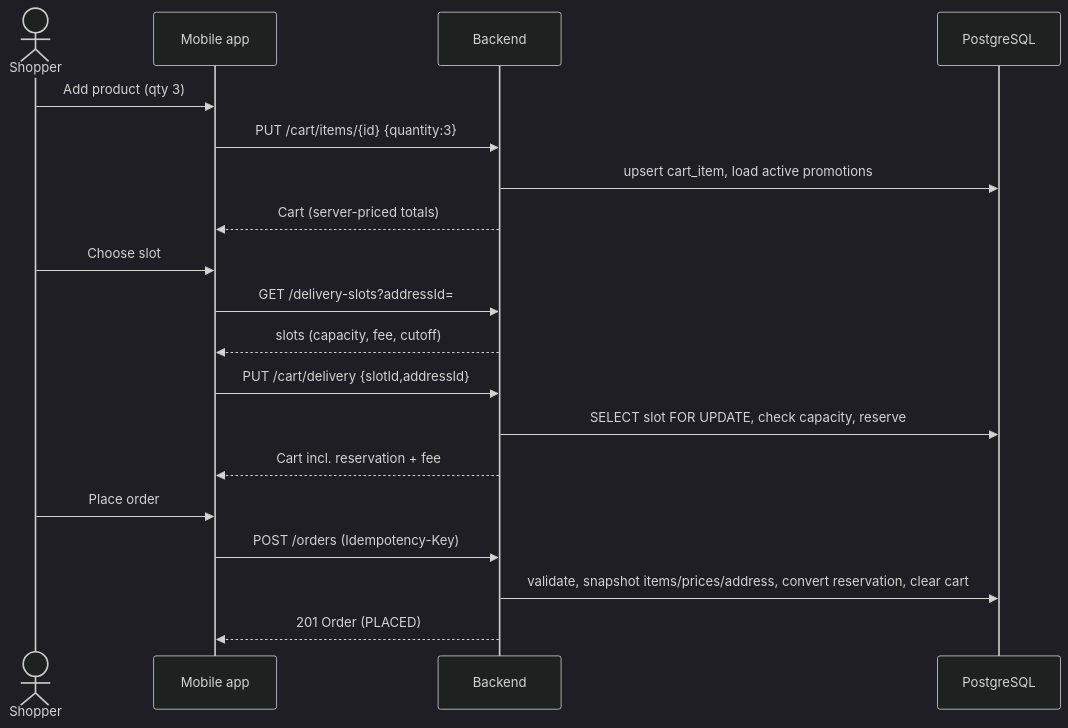
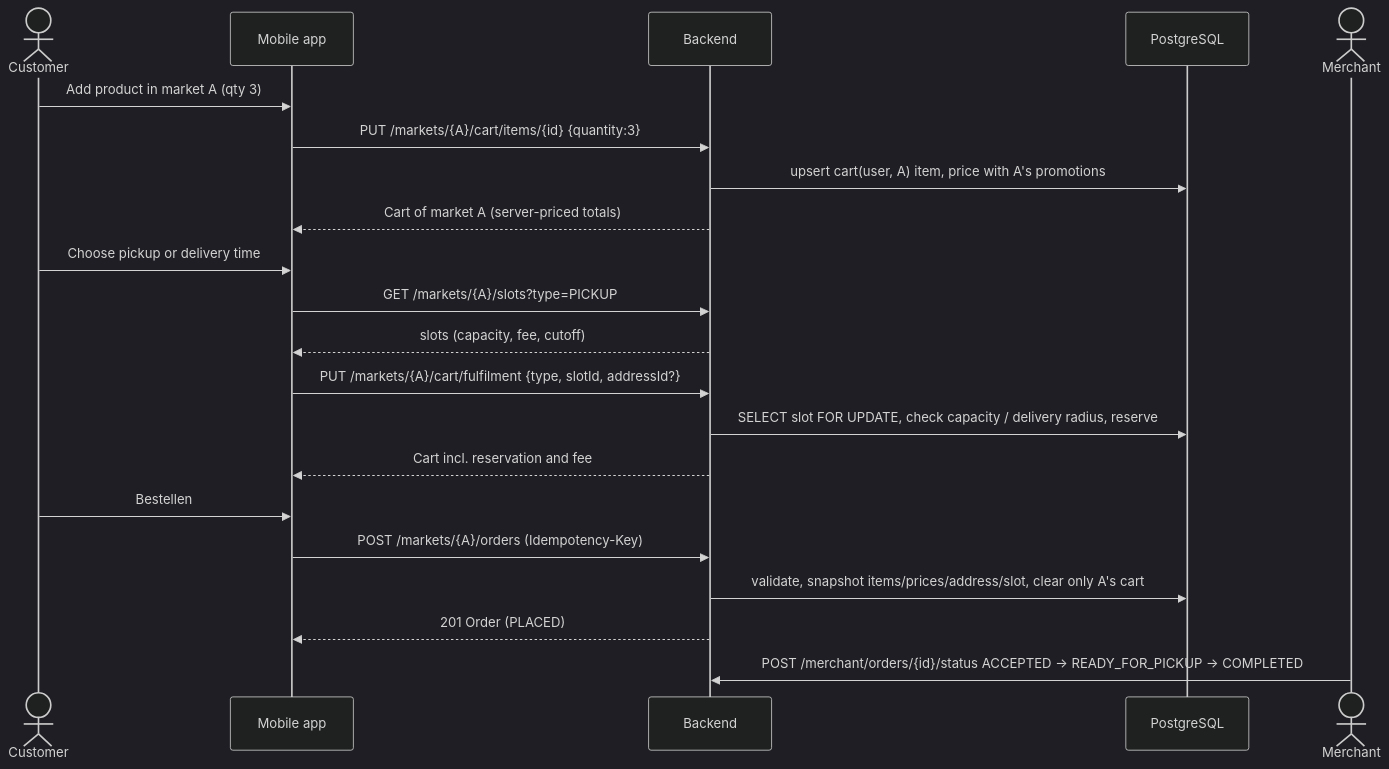
The diagram in docs/architecture/diagrams/checkout-sequence.mmd (uptonext-org/dukkan), drawn with Mermaid (dark theme) before and after one commit. The commit also changed 15 other files, not shown here.

First line of the commit message:
docs: update architecture, API guide, setup, backlog and flows for the marketplace; add e2e-api CI job

```diff
--- a/docs/architecture/diagrams/checkout-sequence.mmd
+++ b/docs/architecture/diagrams/checkout-sequence.mmd
@@ -1,19 +1,21 @@
 sequenceDiagram
-  actor U as Shopper
+  actor U as Customer
   participant M as Mobile app
   participant B as Backend
   participant DB as PostgreSQL
-  U->>M: Add product (qty 3)
-  M->>B: PUT /cart/items/{id} {quantity:3}
-  B->>DB: upsert cart_item, load active promotions
-  B-->>M: Cart (server-priced totals)
-  U->>M: Choose slot
-  M->>B: GET /delivery-slots?addressId=
+  actor H as Merchant
+  U->>M: Add product in market A (qty 3)
+  M->>B: PUT /markets/{A}/cart/items/{id} {quantity:3}
+  B->>DB: upsert cart(user, A) item, price with A's promotions
+  B-->>M: Cart of market A (server-priced totals)
+  U->>M: Choose pickup or delivery time
+  M->>B: GET /markets/{A}/slots?type=PICKUP
   B-->>M: slots (capacity, fee, cutoff)
-  M->>B: PUT /cart/delivery {slotId,addressId}
-  B->>DB: SELECT slot FOR UPDATE, check capacity, reserve
-  B-->>M: Cart incl. reservation + fee
-  U->>M: Place order
-  M->>B: POST /orders (Idempotency-Key)
-  B->>DB: validate, snapshot items/prices/address, convert reservation, clear cart
+  M->>B: PUT /markets/{A}/cart/fulfilment {type, slotId, addressId?}
+  B->>DB: SELECT slot FOR UPDATE, check capacity / delivery radius, reserve
+  B-->>M: Cart incl. reservation and fee
+  U->>M: Bestellen
+  M->>B: POST /markets/{A}/orders (Idempotency-Key)
+  B->>DB: validate, snapshot items/prices/address/slot, clear only A's cart
   B-->>M: 201 Order (PLACED)
+  H->>B: POST /merchant/orders/{id}/status ACCEPTED → READY_FOR_PICKUP → COMPLETED
```
